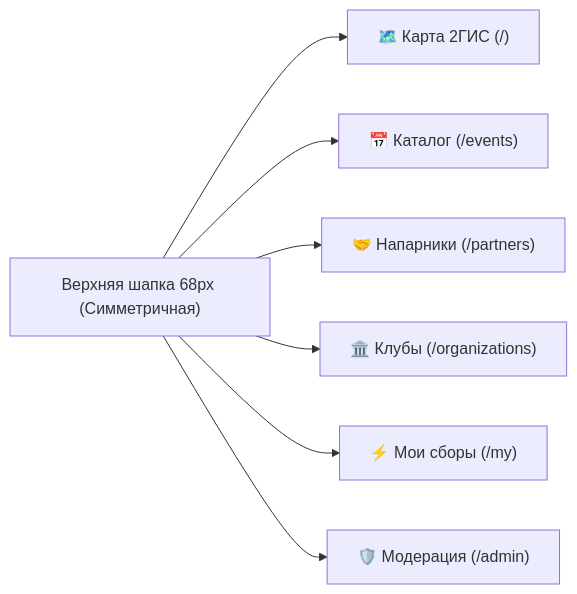
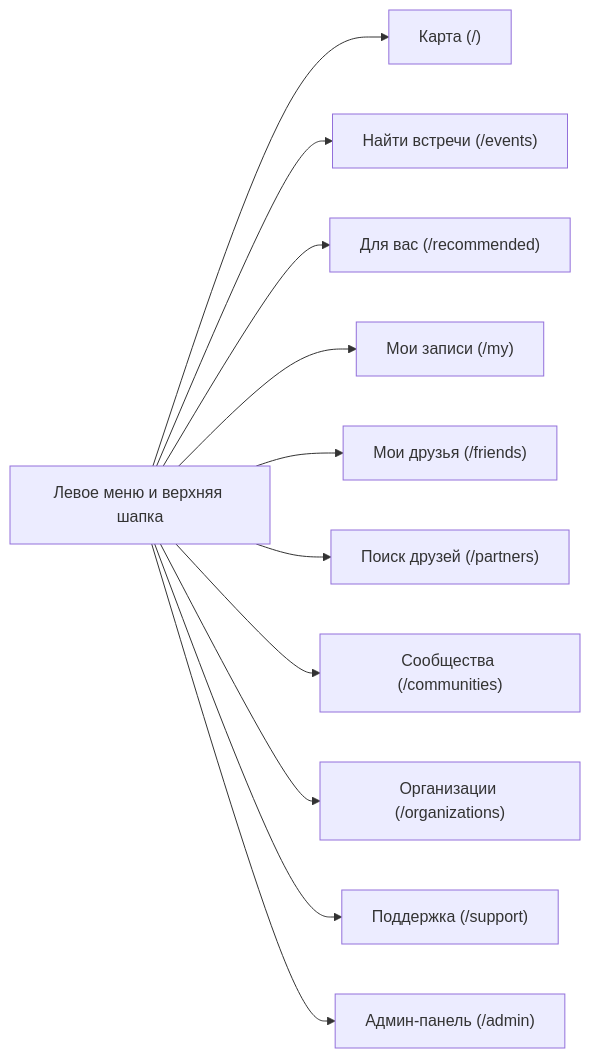
Before and after one commit to queelly/sport-platform: the diagram in BRANDBOOK.md, drawn with Mermaid. The commit also changed other lines of this file and 8 other files, not shown here.

Commit message:
docs: update README, BRANDBOOK and all docs to reflect current features and V1-V6 schema

````diff
--- a/BRANDBOOK.md
+++ b/BRANDBOOK.md
@@ -51,9 +53,13 @@
 ```mermaid
 flowchart LR
-    Header["Верхняя шапка 68px (Симметричная)"] --> MapTab["🗺️ Карта 2ГИС (/)"]
-    Header --> CatalogTab["📅 Каталог (/events)"]
-    Header --> PartnersTab["🤝 Напарники (/partners)"]
-    Header --> ClubsTab["🏛️ Клубы (/organizations)"]
-    Header --> MyTab["⚡ Мои сборы (/my)"]
-    Header --> AdminTab["🛡️ Модерация (/admin)"]
+    Sidebar["Левое меню и верхняя шапка"] --> MapTab["Карта (/)"]
+    Sidebar --> CatalogTab["Найти встречи (/events)"]
+    Sidebar --> RecommendedTab["Для вас (/recommended)"]
+    Sidebar --> MyTab["Мои записи (/my)"]
+    Sidebar --> FriendsTab["Мои друзья (/friends)"]
+    Sidebar --> PartnersTab["Поиск друзей (/partners)"]
+    Sidebar --> CommTab["Сообщества (/communities)"]
+    Sidebar --> OrgsTab["Организации (/organizations)"]
+    Sidebar --> SupportTab["Поддержка (/support)"]
+    Sidebar --> AdminTab["Админ-панель (/admin)"]
 ```
````
